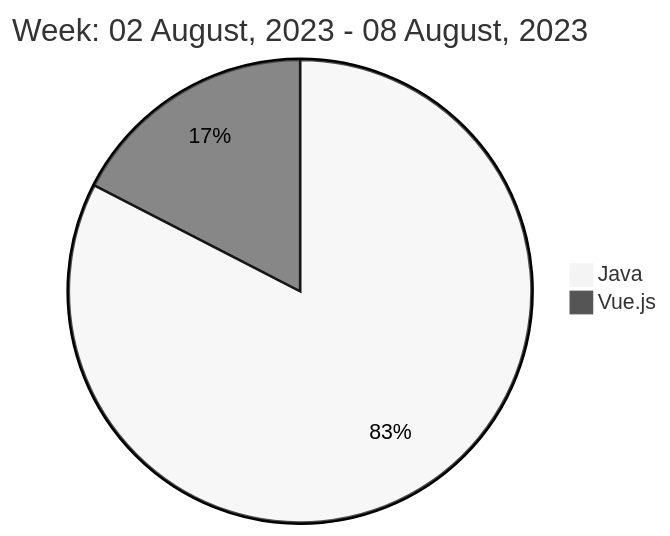
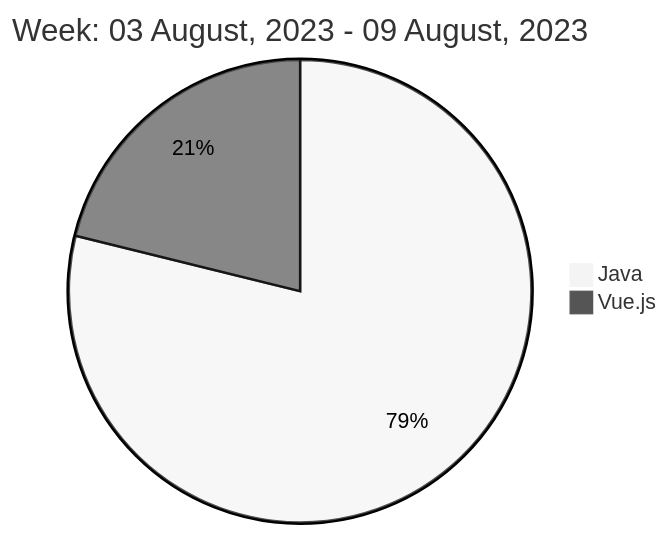
One commit to liubin95/liubin95 changed the diagram in README.md. Above: the diagram before and after it, drawn with Mermaid (neutral theme).

Commit message:
Updated the Graph with new Metrics

````diff
--- a/README.md
+++ b/README.md
@@ -40,6 +40,6 @@
 ```mermaid
  pie
-title Week: 02 August, 2023 - 08 August, 2023
- "Java" : 11.13
- "Vue.js" : 2.35
+title Week: 03 August, 2023 - 09 August, 2023
+ "Java" : 10.37
+ "Vue.js" : 2.78
 ```
````
